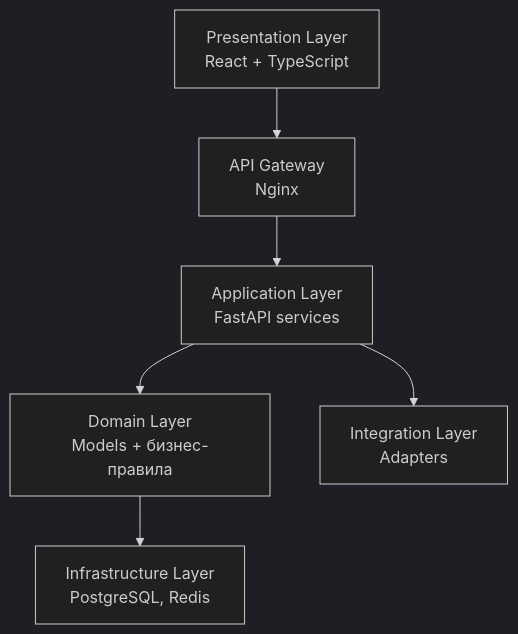
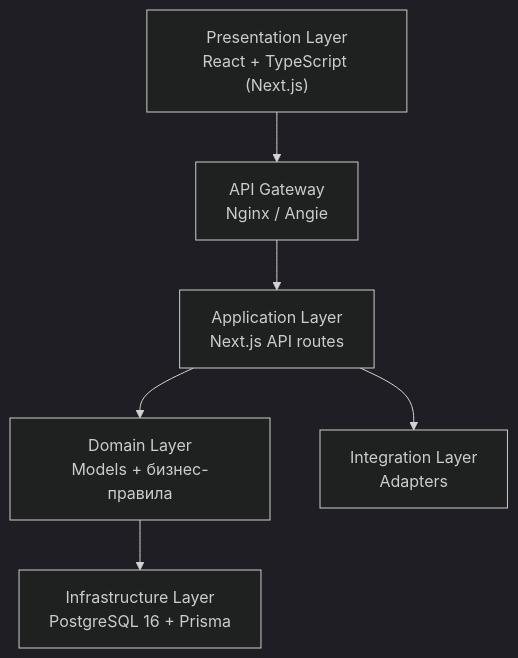
One commit to Rodion-NTQ-TEAM/tsifrovaya-ochere changed the second of 8 diagrams in docs/architecture.md. Above: the diagram before and after it, drawn with Mermaid (dark theme). The commit also changed other lines of this file, not shown here.

Commit message:
docs(architecture): убрать Redis, добавить observability

````diff
--- a/docs/architecture.md
+++ b/docs/architecture.md
@@ -65,12 +73,12 @@
 ```mermaid
 flowchart TB
-    P["Presentation Layer<br/>React + TypeScript"]
-    G["API Gateway<br/>Nginx"]
-    A["Application Layer<br/>FastAPI services"]
+    P["Presentation Layer<br/>React + TypeScript (Next.js)"]
+    G["API Gateway<br/>Nginx / Angie"]
+    A["Application Layer<br/>Next.js API routes"]
     D["Domain Layer<br/>Models + бизнес-правила"]
-    I["Infrastructure Layer<br/>PostgreSQL, Redis"]
+    I["Infrastructure Layer<br/>PostgreSQL 16 + Prisma"]
     X["Integration Layer<br/>Adapters"]
 
     P --> G --> A --> D --> I
     A --> X
 ```
````
